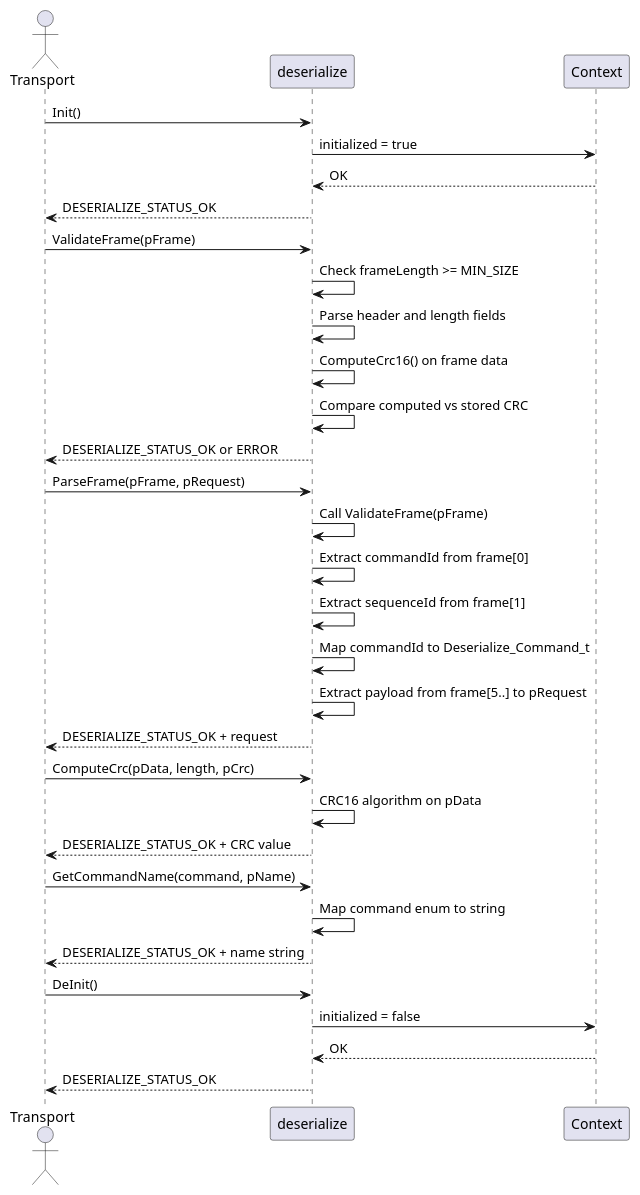
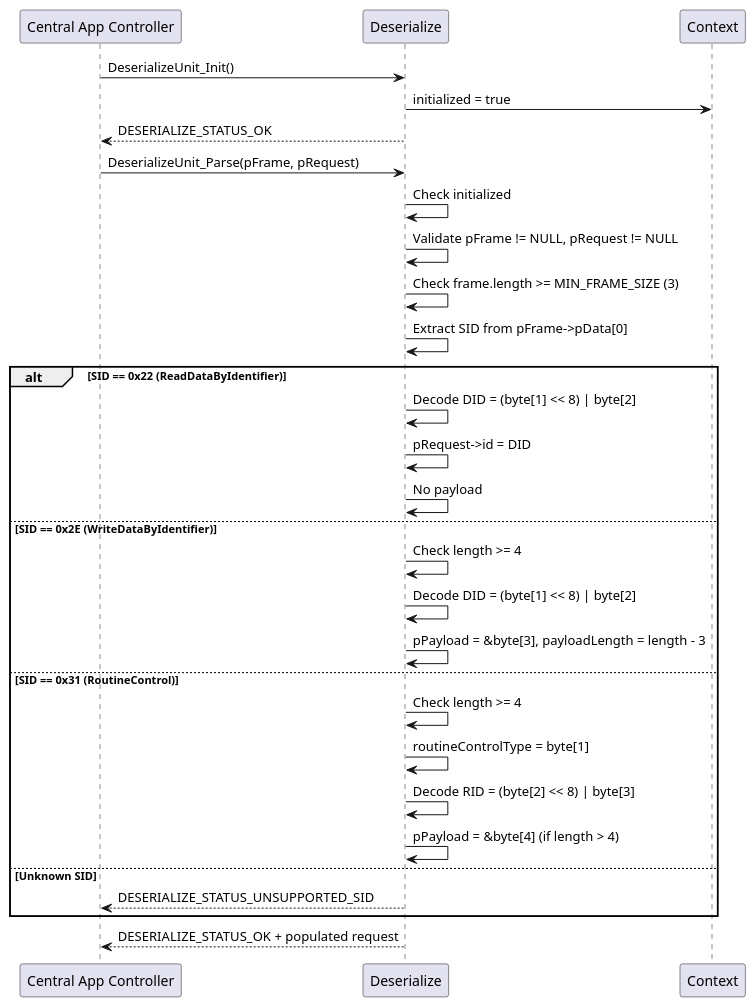
One commit to LinhTrucVo/Bico_Protocol_Bridge changed the diagram in 3_swComp/layer2Service/deserialize/2_design/deserializeSequenceDiagram.puml. Above: the diagram before and after it, drawn with PlantUML. The commit also changed 87 other files, not shown here.

```diff
--- a/3_swComp/layer2Service/deserialize/2_design/deserializeSequenceDiagram.puml
+++ b/3_swComp/layer2Service/deserialize/2_design/deserializeSequenceDiagram.puml
@@ -1,38 +1,34 @@
 @startuml deserializeSequenceDiagram
-actor Transport
-participant "deserialize" as des
+participant "Central App Controller" as CAC
+participant "Deserialize" as des
 participant "Context" as ctx
 
-Transport -> des : Init()
+CAC -> des : DeserializeUnit_Init()
 des -> ctx : initialized = true
-ctx --> des : OK
-des --> Transport : DESERIALIZE_STATUS_OK
+des --> CAC : DESERIALIZE_STATUS_OK
 
-Transport -> des : ValidateFrame(pFrame)
-des -> des : Check frameLength >= MIN_SIZE
-des -> des : Parse header and length fields
-des -> des : ComputeCrc16() on frame data
-des -> des : Compare computed vs stored CRC
-des --> Transport : DESERIALIZE_STATUS_OK or ERROR
+CAC -> des : DeserializeUnit_Parse(pFrame, pRequest)
+des -> des : Check initialized
+des -> des : Validate pFrame != NULL, pRequest != NULL
+des -> des : Check frame.length >= MIN_FRAME_SIZE (3)
+des -> des : Extract SID from pFrame->pData[0]
 
-Transport -> des : ParseFrame(pFrame, pRequest)
-des -> des : Call ValidateFrame(pFrame)
-des -> des : Extract commandId from frame[0]
-des -> des : Extract sequenceId from frame[1]
-des -> des : Map commandId to Deserialize_Command_t
-des -> des : Extract payload from frame[5..] to pRequest
-des --> Transport : DESERIALIZE_STATUS_OK + request
+alt SID == 0x22 (ReadDataByIdentifier)
+    des -> des : Decode DID = (byte[1] << 8) | byte[2]
+    des -> des : pRequest->id = DID
+    des -> des : No payload
+else SID == 0x2E (WriteDataByIdentifier)
+    des -> des : Check length >= 4
+    des -> des : Decode DID = (byte[1] << 8) | byte[2]
+    des -> des : pPayload = &byte[3], payloadLength = length - 3
+else SID == 0x31 (RoutineControl)
+    des -> des : Check length >= 4
+    des -> des : routineControlType = byte[1]
+    des -> des : Decode RID = (byte[2] << 8) | byte[3]
+    des -> des : pPayload = &byte[4] (if length > 4)
+else Unknown SID
+    des --> CAC : DESERIALIZE_STATUS_UNSUPPORTED_SID
+end
 
-Transport -> des : ComputeCrc(pData, length, pCrc)
-des -> des : CRC16 algorithm on pData
-des --> Transport : DESERIALIZE_STATUS_OK + CRC value
-
-Transport -> des : GetCommandName(command, pName)
-des -> des : Map command enum to string
-des --> Transport : DESERIALIZE_STATUS_OK + name string
-
-Transport -> des : DeInit()
-des -> ctx : initialized = false
-ctx --> des : OK
-des --> Transport : DESERIALIZE_STATUS_OK
+des --> CAC : DESERIALIZE_STATUS_OK + populated request
 @enduml
```
